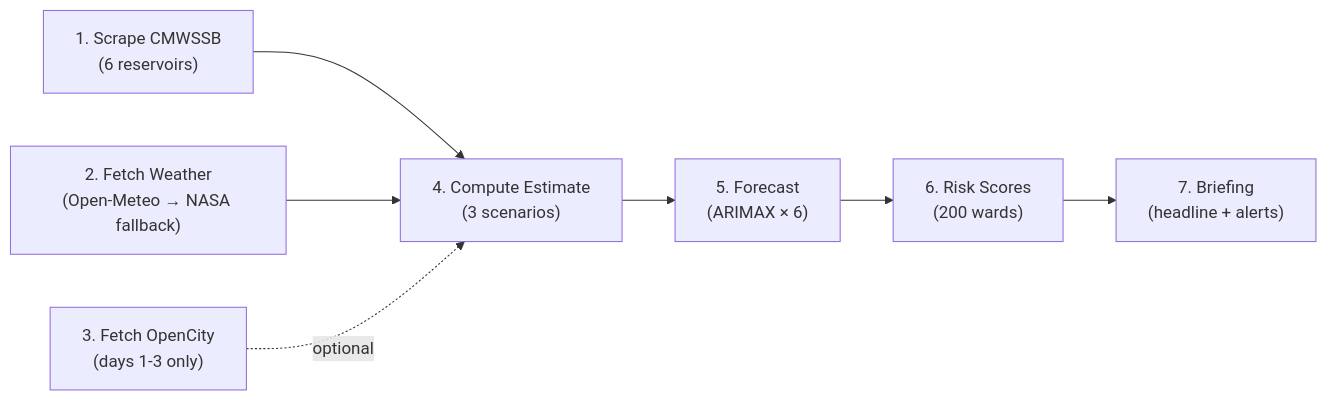
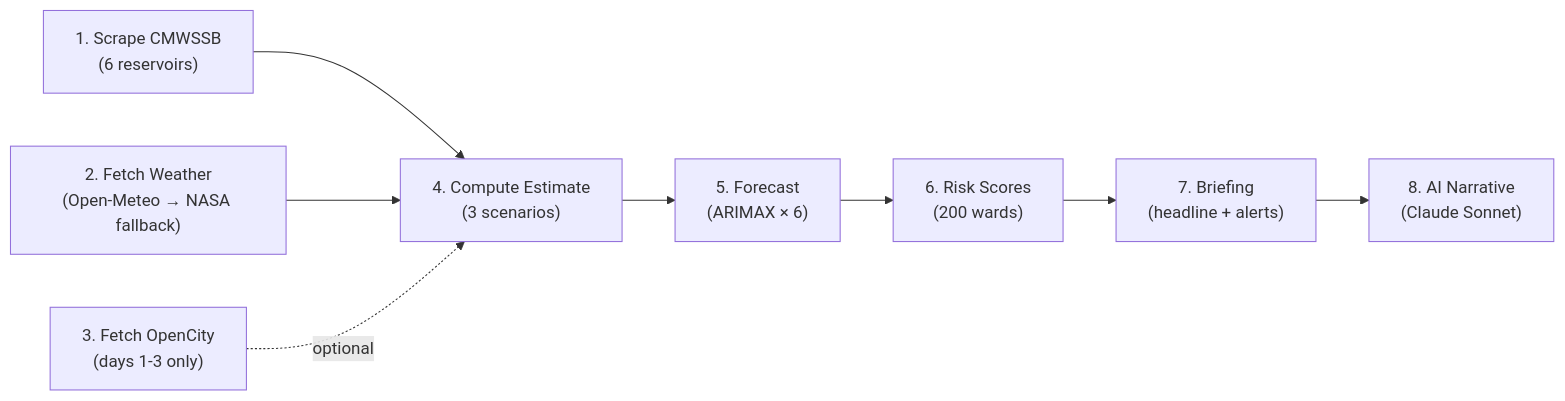
One commit to SundareshPrasanna/neer-vazhvu changed the second of 5 diagrams in ARCHITECTURE.md. Above: the diagram before and after it, drawn with Mermaid. The commit also changed other lines of this file and 28 other files, not shown here.

````diff
--- a/ARCHITECTURE.md
+++ b/ARCHITECTURE.md
@@ -87,17 +90,19 @@
 ```mermaid
 flowchart LR
     S1["1. Scrape CMWSSB<br/>(6 reservoirs)"]
     S2["2. Fetch Weather<br/>(Open-Meteo → NASA fallback)"]
     S3["3. Fetch OpenCity<br/>(days 1-3 only)"]
     S4["4. Compute Estimate<br/>(3 scenarios)"]
     S5["5. Forecast<br/>(ARIMAX × 6)"]
     S6["6. Risk Scores<br/>(200 wards)"]
     S7["7. Briefing<br/>(headline + alerts)"]
+    S8["8. AI Narrative<br/>(Claude Sonnet)"]
 
     S1 --> S4
     S2 --> S4
     S3 -.->|optional| S4
     S4 --> S5
     S5 --> S6
     S6 --> S7
+    S7 --> S8
 ```
````
